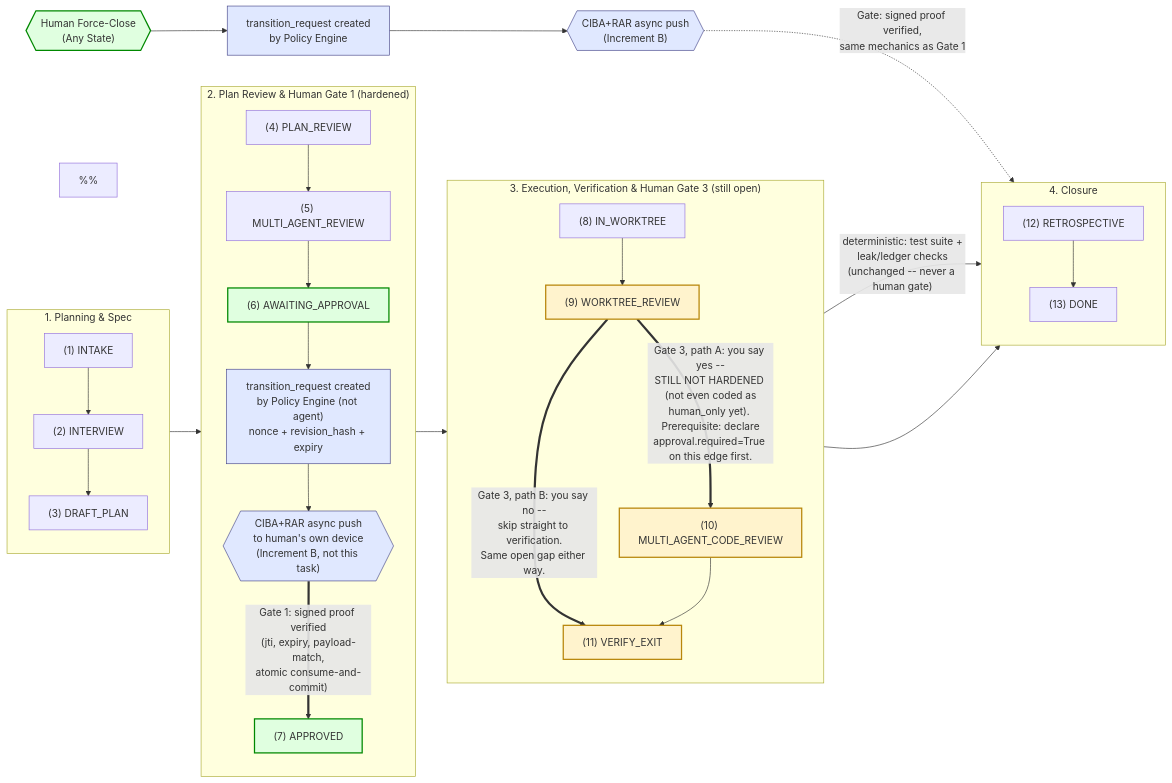
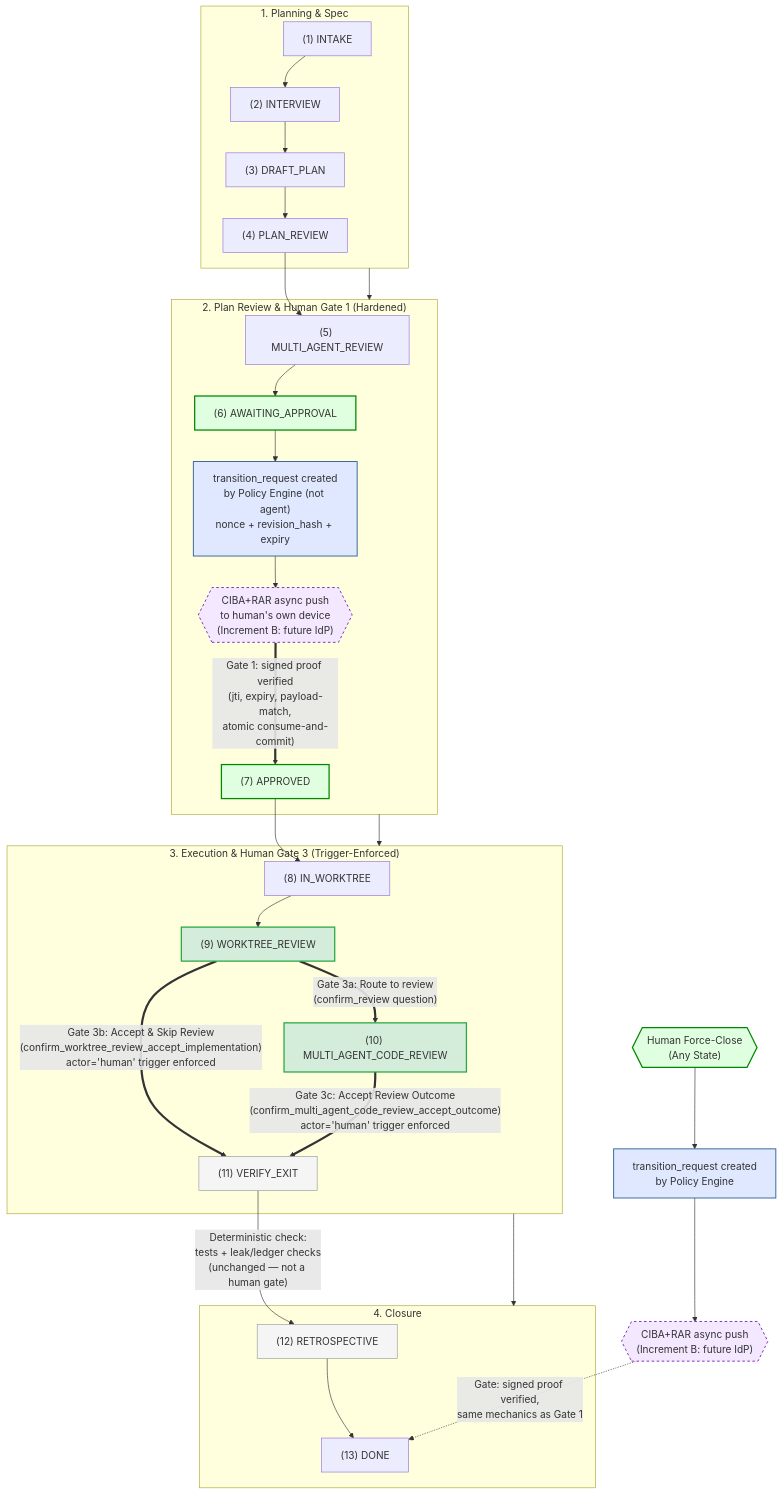
The diagram in docs/diagrams/control-plane-lifecycle-hardened-with-ciba-rar.mermaid (richfrem/agent-plugins-skills), drawn with Mermaid before and after one commit. The commit also changed 1 other file, not shown here.

Commit message:
fix(diagrams): correct stale pre-restyle content committed for the two lifecycle diagrams
The previous commit accidentally committed an older "flowchart LR" version
of both lifecycle diagrams (my own original draft, predating the user's
independent "flowchart TB" restyle applied directly on the main checkout).
Both versions already correctly reflected Gate 3d's removal, but the main
checkout's restyled version is the authoritative one going forward.
Replaced with exact copies of main's current content.

Evolution-Check: none -- diagram content correction only, no logic touched.

```diff
--- a/docs/diagrams/control-plane-lifecycle-hardened-with-ciba-rar.mermaid
+++ b/docs/diagrams/control-plane-lifecycle-hardened-with-ciba-rar.mermaid
@@ -1,87 +1,65 @@
-flowchart LR
-    %% HARDENED: same 13-stage canonical lifecycle, with the two genuinely
-    %% coded human-only gates (Gate 1 and Human Force-Close) now backed by the
-    %% authorized_actor structural classification (T1/T2, shipped this session)
-    %% and, for full CIBA+RAR hardening, the transition_request/signed-proof
-    %% mechanics (T3, mechanics shipped this session as a local stub; a real
-    %% IdP -- Increment B -- is a separate, not-yet-authorized follow-on).
-    %%
-    %% Compare against control-plane-lifecycle-baseline-no-ciba-rar.mermaid.
-    %% Same correction applies here: VERIFY_EXIT -> RETROSPECTIVE remains
-    %% deterministic, not a human gate -- CIBA+RAR hardening does not change
-    %% that edge, since it was never a human-authorization gate to begin with.
-    %%
-    %% Gate 3 (WORKTREE_REVIEW) is deliberately shown STILL OPEN here, not
-    %% hardened -- direct user feedback caught that the first version of this
-    %% diagram omitted it. This task's authorized_actor derivation only
-    %% classifies an edge as human_only when transition_templates.yaml already
-    %% declares approval.required=True/approver_role='human' for it.
-    %% WORKTREE_REVIEW's branch decision currently declares
-    %% approval.required=False, approver_role='agent_or_human' -- so even
-    %% though it is operationally required by worktree-lifecycle-management.md
-    %% rule 8 (human must accept the diff regardless of whether an agent review
-    %% ran), neither the authorized_actor work nor CIBA+RAR mechanics in this
-    %% task apply to it yet. Closing this needs a separate, not-yet-authorized
-    %% prerequisite change to that edge's own approval block first.
-    %%
-    %% Verified directly against transition_templates.yaml (not memory):
-    %% WORKTREE_REVIEW actually has 6 outgoing edges; only 2 are happy-path
-    %% (matching control-plane-pipeline-happy-path.mermaid's own scope choice --
-    %% the other 4 are ROLLED_BACK/ESCALATED/IN_WORKTREE/RETROSPECTIVE recovery
-    %% routes, omitted here for the same reason that diagram omits them).
-    %% Path A (-> MULTI_AGENT_CODE_REVIEW) has real declared questions
-    %% (confirm_review_worktree_review_to_multi_agent_code_review,
-    %% implementation_review_method). Path B (-> VERIFY_EXIT, the skip path)
-    %% has ZERO declared questions in the YAML -- "you say no" is advisory
-    %% prose text only, not an enforced question. The skip path is weaker than
-    %% even an uncoded question: today it is not a question at all.
+flowchart TB
+    %% HARDENED: 13-stage canonical lifecycle
+    %% - Gates 1 & Force-Close backed by authorized_actor='human_only' and local transition_request mechanics (T1-T3)
+    %% - CIBA+RAR external push visually styled as Increment B (future IdP)
+    %% - Gate 3 (WORKTREE_REVIEW & MULTI_AGENT_CODE_REVIEW -> VERIFY_EXIT) hardened
+    %%   with human_questions + SQLite trigger. No direct IN_WORKTREE -> VERIFY_EXIT
+    %%   edge exists: an earlier fix ("Gate 3d") gated it with a human question
+    %%   instead of removing it, but answering that question would approve a
+    %%   bypass of WORKTREE_REVIEW -- the step whose purpose is to show the diff
+    %%   first. Correctly attributed to a human, not an informed decision. The
+    %%   edge was removed entirely (2026-09-17), not gated.
+    %% - Deterministic gates remain non-HITL
 
     subgraph Phase1["1. Planning & Spec"]
-        direction TB
         S1["(1) INTAKE"] --> S2["(2) INTERVIEW"]
         S2 --> S3["(3) DRAFT_PLAN"]
+        S3 --> S4["(4) PLAN_REVIEW"]
     end
 
-    subgraph Phase2["2. Plan Review & Human Gate 1 (hardened)"]
-        direction TB
-        S4["(4) PLAN_REVIEW"] --> S5["(5) MULTI_AGENT_REVIEW"]
+    subgraph Phase2["2. Plan Review & Human Gate 1 (Hardened)"]
+        S4 --> S5["(5) MULTI_AGENT_REVIEW"]
         S5 --> S6["(6) AWAITING_APPROVAL"]
         S6 --> TR1["transition_request created<br/>by Policy Engine (not agent)<br/>nonce + revision_hash + expiry"]
-        TR1 --> CIBA1{{"CIBA+RAR async push<br/>to human's own device<br/>(Increment B, not this task)"}}
+        TR1 --> CIBA1{{"CIBA+RAR async push<br/>to human's own device<br/>(Increment B: future IdP)"}}
         CIBA1 ==>|"Gate 1: signed proof verified<br/>(jti, expiry, payload-match,<br/>atomic consume-and-commit)"| S7["(7) APPROVED"]
     end
 
-    subgraph Phase3["3. Execution, Verification & Human Gate 3 (still open)"]
-        direction TB
-        S8["(8) IN_WORKTREE"] --> S9["(9) WORKTREE_REVIEW"]
-        S9 ==>|"Gate 3, path A: you say yes --<br/>STILL NOT HARDENED (not even coded as<br/>human_only yet). Prerequisite: declare<br/>approval.required=True on this edge first."| S10["(10) MULTI_AGENT_CODE_REVIEW"]
-        S9 ==>|"Gate 3, path B: you say no --<br/>skip straight to verification.<br/>Same open gap either way."| S11["(11) VERIFY_EXIT"]
-        S10 --> S11
+    subgraph Phase3["3. Execution & Human Gate 3 (Trigger-Enforced)"]
+        S7 --> S8["(8) IN_WORKTREE"]
+        S8 --> S9["(9) WORKTREE_REVIEW"]
+
+        %% Gate 3 Branch Decisions into VERIFY_EXIT -- both real paths trigger-enforced
+        S9 ==>|"Gate 3a: Route to review<br/>(confirm_review question)"| S10["(10) MULTI_AGENT_CODE_REVIEW"]
+        S9 ==>|"Gate 3b: Accept & Skip Review<br/>(confirm_worktree_review_accept_implementation)<br/>actor='human' trigger enforced"| S11["(11) VERIFY_EXIT"]
+        S10 ==>|"Gate 3c: Accept Review Outcome<br/>(confirm_multi_agent_code_review_accept_outcome)<br/>actor='human' trigger enforced"| S11
     end
 
     subgraph Phase4["4. Closure"]
-        direction TB
-        S11 -->|"deterministic: test suite +<br/>leak/ledger checks<br/>(unchanged -- never a human gate)"| S12["(12) RETROSPECTIVE"]
+        S11 -->|"Deterministic check:<br/>tests + leak/ledger checks<br/>(unchanged — not a human gate)"| S12["(12) RETROSPECTIVE"]
         S12 --> S13["(13) DONE"]
     end
 
+    %% Phase-to-phase vertical layout flow
     Phase1 --> Phase2
     Phase2 --> Phase3
     Phase3 --> Phase4
 
+    %% Emergency Bypass Path
     HumanClose{{"Human Force-Close<br/>(Any State)"}} --> TR2["transition_request created<br/>by Policy Engine"]
-    TR2 --> CIBA2{{"CIBA+RAR async push<br/>(Increment B)"}}
+    TR2 --> CIBA2{{"CIBA+RAR async push<br/>(Increment B: future IdP)"}}
     CIBA2 -.->|"Gate: signed proof verified,<br/>same mechanics as Gate 1"| S13
 
-    %% STRUCTURAL REFUSAL, closing the baseline's actual gap for Gates 1 and
-    %% Force-Close (T2, this session): coordinator.py now checks
-    %% authorized_actor='human_only' BEFORE constructing any prompt for those
-    %% edges. An agent-driven attempt (direct instantiation, spoofed actor,
-    %% piped stdin) is refused structurally -- verified by adversarial tests.
-    %% Gate 3 gets none of this yet -- see note above.
+    %% Styling definitions
     classDef hardened fill:#e0ffe0,stroke:#080,stroke-width:2px
-    classDef mechanics fill:#e0e8ff,stroke:#448,stroke-width:1px
-    classDef uncoded fill:#fff3cd,stroke:#b8860b,stroke-width:2px
+    classDef localMechanics fill:#e0e8ff,stroke:#336699,stroke-width:1.5px
+    classDef futureIdp fill:#f3e8ff,stroke:#7b2cbf,stroke-dasharray: 4 4,stroke-width:1.5px
+    classDef triggerEnforced fill:#d4edda,stroke:#28a745,stroke-width:2px
+    classDef deterministic fill:#f5f5f5,stroke:#999,stroke-width:1px
+
+    %% Node assignments
     class S6,S7,HumanClose hardened
-    class TR1,TR2,CIBA1,CIBA2 mechanics
-    class S9,S10,S11 uncoded
+    class TR1,TR2 localMechanics
+    class CIBA1,CIBA2 futureIdp
+    class S9,S10 triggerEnforced
+    class S11,S12 deterministic
```
